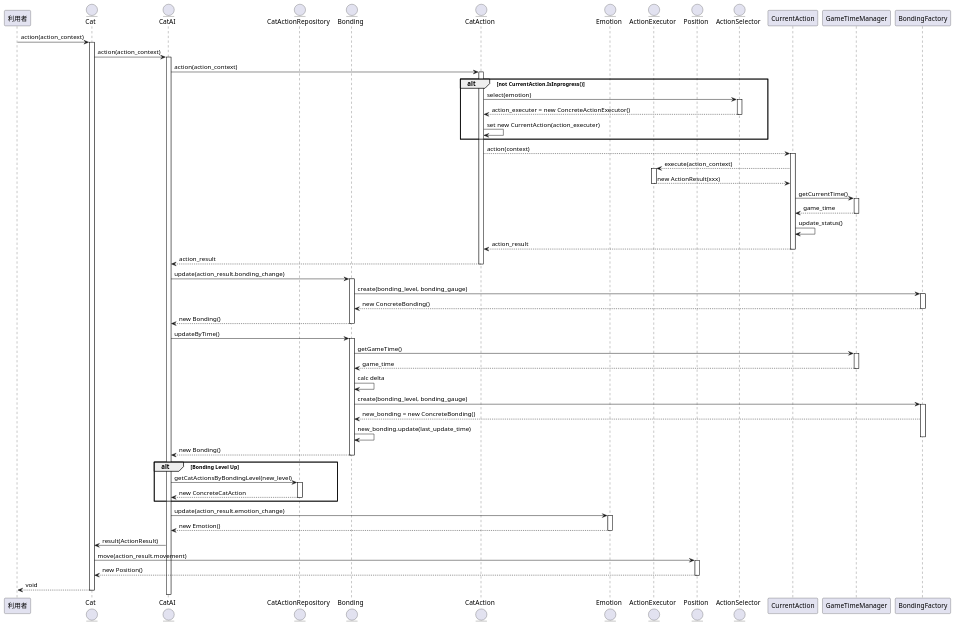
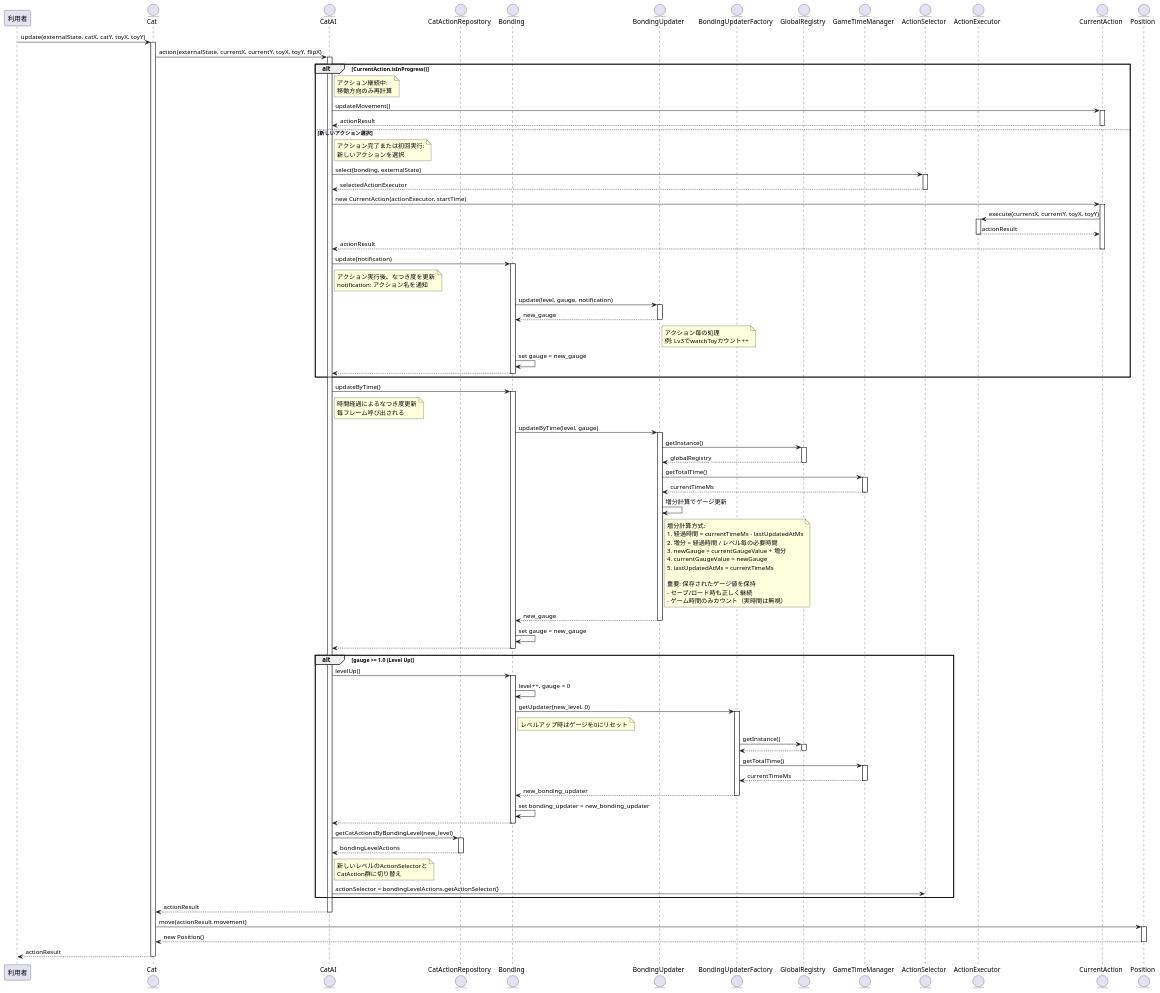
One commit to nekoneko02/cat_game changed the diagram in docs/sequence/Cat_action.pu. Above: the diagram before and after it, drawn with PlantUML. The commit also changed 92 other files, not shown here.

Commit message:
fix, refactor: ゲーム再スタートのなつき度設定されない不具合、ドメインモデルとシーケンス図による設計改善

```diff
--- a/docs/sequence/Cat_action.pu
+++ b/docs/sequence/Cat_action.pu
@@ -1,85 +1,148 @@
 @startuml Cat::action()
 
 participant "利用者" as Client
 entity Cat
 entity CatAI as AI
 entity CatActionRepository as ActionRepository
 entity Bonding
-entity CatAction as Action
-entity Emotion
+entity BondingUpdater
+entity BondingUpdaterFactory
+entity GlobalRegistry
+entity GameTimeManager
+entity ActionSelector as Selector
 entity ActionExecutor
+entity CurrentAction
 entity Position
-entity ActionSelector as Selector
 
 
-Client -> Cat: action(action_context)
+Client -> Cat: update(externalState, catX, catY, toyX, toyY)
 activate Cat
-Cat -> AI: action(action_context)
+Cat -> AI: action(externalState, currentX, currentY, toyX, toyY, flipX)
 activate AI
-AI -> Action: action(action_context)
-activate Action
-alt not CurrentAction.IsInprogress()
-    Action -> Selector: select(emotion)
+
+alt CurrentAction.isInProgress()
+    note right of AI
+      アクション継続中:
+      移動方向のみ再計算
+    end note
+    AI -> CurrentAction: updateMovement()
+    activate CurrentAction
+    CurrentAction --> AI: actionResult
+    deactivate CurrentAction
+else 新しいアクション選択
+    note right of AI
+      アクション完了または初回実行:
+      新しいアクションを選択
+    end note
+    AI -> Selector: select(bonding, externalState)
     activate Selector
-    Selector --> Action: action_executer = new ConcreteActionExecutor()
+    Selector --> AI: selectedActionExecutor
     deactivate Selector
-    Action -> Action: set new CurrentAction(action_executer)
-end alt
-Action --> CurrentAction: action(context)
-activate CurrentAction
-CurrentAction --> ActionExecutor: execute(action_context)
-activate ActionExecutor
-ActionExecutor --> CurrentAction: new ActionResult(xxx)
-deactivate ActionExecutor
-CurrentAction -> GameTimeManager: getCurrentTime()
+
+    AI -> CurrentAction: new CurrentAction(actionExecutor, startTime)
+    activate CurrentAction
+    CurrentAction -> ActionExecutor: execute(currentX, currentY, toyX, toyY)
+    activate ActionExecutor
+    ActionExecutor --> CurrentAction: actionResult
+    deactivate ActionExecutor
+    CurrentAction --> AI: actionResult
+    deactivate CurrentAction
+
+    AI -> Bonding: update(notification)
+    note right of AI
+      アクション実行後、なつき度を更新
+      notification: アクション名を通知
+    end note
+    activate Bonding
+    Bonding -> BondingUpdater: update(level, gauge, notification)
+    activate BondingUpdater
+    BondingUpdater --> Bonding: new_gauge
+    note right of BondingUpdater
+      アクション毎の処理
+      例: Lv3でwatchToyカウント++
+    end note
+    deactivate BondingUpdater
+    Bonding -> Bonding: set gauge = new_gauge
+    Bonding --> AI
+    deactivate Bonding
+end
+
+AI -> Bonding: updateByTime()
+note right of AI
+  時間経過によるなつき度更新
+  毎フレーム呼び出される
+end note
+activate Bonding
+Bonding -> BondingUpdater: updateByTime(level, gauge)
+activate BondingUpdater
+BondingUpdater -> GlobalRegistry: getInstance()
+activate GlobalRegistry
+GlobalRegistry --> BondingUpdater: globalRegistry
+deactivate GlobalRegistry
+BondingUpdater -> GameTimeManager: getTotalTime()
 activate GameTimeManager
-GameTimeManager --> CurrentAction: game_time
-deactivate GameTimeManager 
-CurrentAction -> CurrentAction: update_status()
-CurrentAction --> Action: action_result
-deactivate CurrentAction
-Action --> AI: action_result
-deactivate Action
-AI -> Bonding: update(action_result.bonding_change)
-activate Bonding
-Bonding -> BondingFactory: create(bonding_level, bonding_gauge)
-activate BondingFactory
-BondingFactory --> Bonding: new ConcreteBonding()
-deactivate BondingFactory
-Bonding --> AI: new Bonding()
-deactivate Bonding
-AI -> Bonding: updateByTime()
-activate Bonding
-Bonding -> GameTimeManager: getGameTime()
-activate GameTimeManager
-GameTimeManager --> Bonding: game_time
+GameTimeManager --> BondingUpdater: currentTimeMs
 deactivate GameTimeManager
-Bonding -> Bonding: calc delta
-Bonding -> BondingFactory: create(bonding_level, bonding_gauge)
-activate BondingFactory
-BondingFactory --> Bonding: new_bonding = new ConcreteBonding()
-Bonding -> Bonding: new_bonding.update(last_update_time)
-deactivate BondingFactory
-Bonding --> AI: new Bonding()
+BondingUpdater -> BondingUpdater: 増分計算でゲージ更新
+note right of BondingUpdater
+  増分計算方式:
+  1. 経過時間 = currentTimeMs - lastUpdatedAtMs
+  2. 増分 = 経過時間 / レベル毎の必要時間
+  3. newGauge = currentGaugeValue + 増分
+  4. currentGaugeValue = newGauge
+  5. lastUpdatedAtMs = currentTimeMs
+
+  重要: 保存されたゲージ値を保持
+  - セーブ/ロード時も正しく継続
+  - ゲーム時間のみカウント（実時間は無視）
+end note
+BondingUpdater --> Bonding: new_gauge
+deactivate BondingUpdater
+Bonding -> Bonding: set gauge = new_gauge
+Bonding --> AI
 deactivate Bonding
 
-alt Bonding Level Up
+alt gauge >= 1.0 (Level Up)
+  AI -> Bonding: levelUp()
+  activate Bonding
+  Bonding -> Bonding: level++, gauge = 0
+  Bonding -> BondingUpdaterFactory: getUpdater(new_level, 0)
+  note right of Bonding
+    レベルアップ時はゲージを0にリセット
+  end note
+  activate BondingUpdaterFactory
+  BondingUpdaterFactory -> GlobalRegistry: getInstance()
+  activate GlobalRegistry
+  GlobalRegistry --> BondingUpdaterFactory
+  deactivate GlobalRegistry
+  BondingUpdaterFactory -> GameTimeManager: getTotalTime()
+  activate GameTimeManager
+  GameTimeManager --> BondingUpdaterFactory: currentTimeMs
+  deactivate GameTimeManager
+  BondingUpdaterFactory --> Bonding: new_bonding_updater
+  deactivate BondingUpdaterFactory
+  Bonding -> Bonding: set bonding_updater = new_bonding_updater
+  Bonding --> AI
+  deactivate Bonding
   AI -> ActionRepository: getCatActionsByBondingLevel(new_level)
   activate ActionRepository
-  ActionRepository --> AI: new ConcreteCatAction
+  ActionRepository --> AI: bondingLevelActions
+  note right of AI
+    新しいレベルのActionSelectorと
+    CatAction群に切り替え
+  end note
   deactivate ActionRepository
-end alt
-deactivate Bonding
-AI -> Emotion: update(action_result.emotion_change)
-activate Emotion
-Emotion --> AI: new Emotion()
-deactivate Emotion
-AI -> Cat: result(ActionResult)
-Cat -> Position: move(action_result.movement)
+  AI -> Selector: actionSelector = bondingLevelActions.getActionSelector()
+end
+
+AI --> Cat: actionResult
+deactivate AI
+Cat -> Position: move(actionResult.movement)
 activate Position
 Position --> Cat: new Position()
 deactivate Position
-Cat --> Client: void
+Cat --> Client: actionResult
+
 deactivate Cat
 
 @enduml
```
